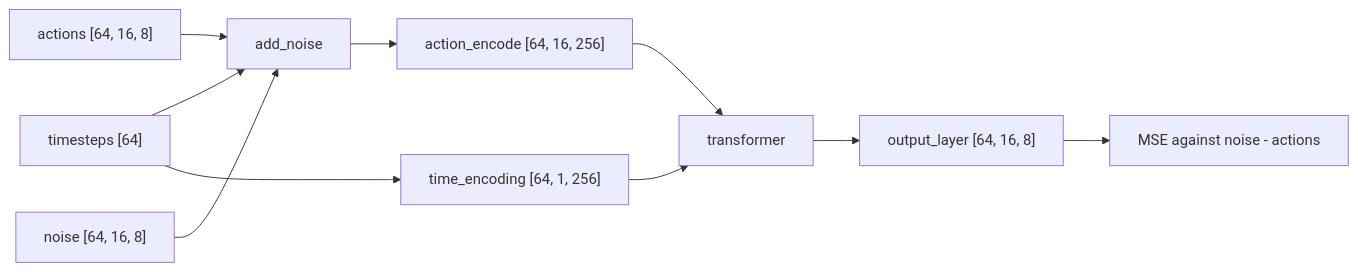
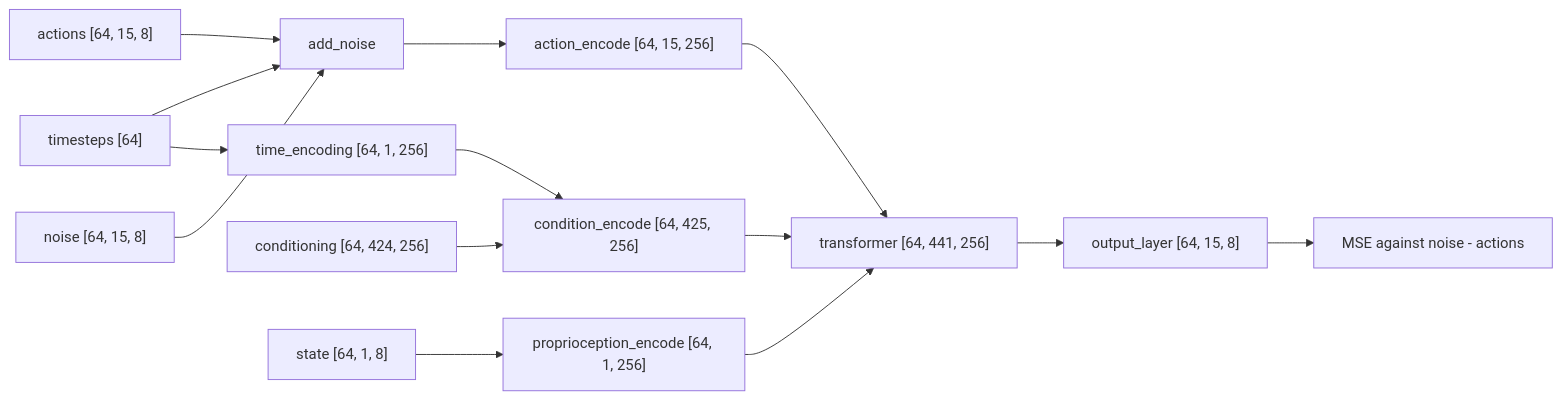
Before and after one commit to arianizadi/vla-from-scratch-site: the diagram in content/chapters/41-flow-matching.md, drawn with Mermaid. The commit also changed other lines of this file and 479 other files, not shown here.

````diff
--- a/content/chapters/41-flow-matching.md
+++ b/content/chapters/41-flow-matching.md
@@ -149,12 +150,16 @@
 ```mermaid
 flowchart LR
-    A["actions [64, 16, 8]"] --> M["add_noise"]
-    N["noise [64, 16, 8]"] --> M
+    A["actions [64, 15, 8]"] --> M["add_noise"]
+    N["noise [64, 15, 8]"] --> M
     T["timesteps [64]"] --> M
-    M --> E["action_encode [64, 16, 256]"]
+    M --> E["action_encode [64, 15, 256]"]
     T --> TE["time_encoding [64, 1, 256]"]
-    TE --> X["transformer"]
+    C["conditioning [64, 424, 256]"] --> CE["condition_encode [64, 425, 256]"]
+    TE --> CE
+    S["state [64, 1, 8]"] --> PE["proprioception_encode [64, 1, 256]"]
+    CE --> X["transformer [64, 441, 256]"]
+    PE --> X
     E --> X
-    X --> O["output_layer [64, 16, 8]"]
+    X --> O["output_layer [64, 15, 8]"]
     O --> L["MSE against noise - actions"]
 ```
````
